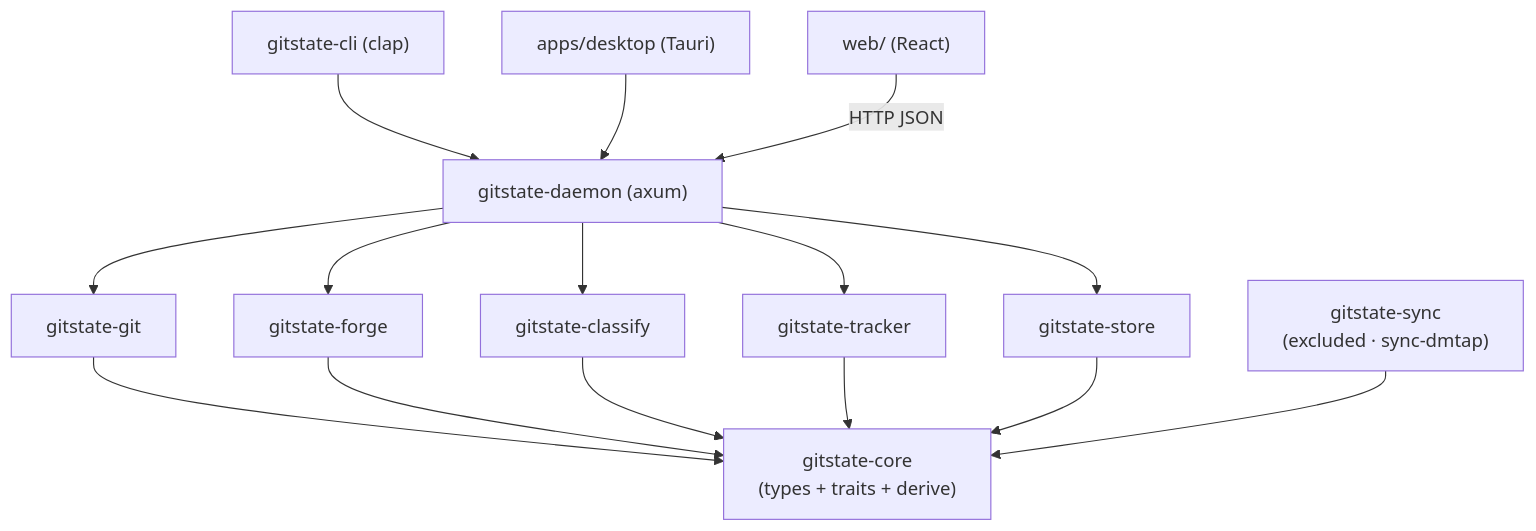
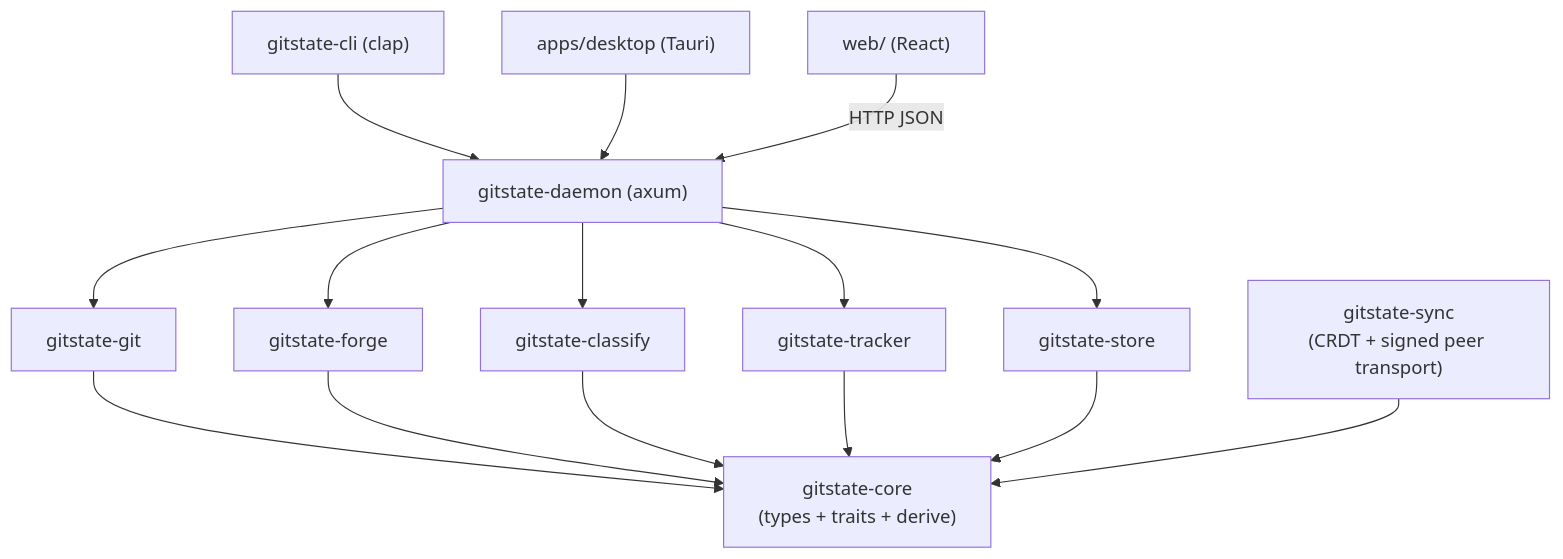
The diagram in docs/ARCHITECTURE.md (vul-os/gitstate), drawn with Mermaid before and after one commit. The commit also changed other lines of this file and 59 other files, not shown here.

````diff
--- a/docs/ARCHITECTURE.md
+++ b/docs/ARCHITECTURE.md
@@ -37,14 +37,14 @@
 ```mermaid
 flowchart TB
     core["gitstate-core<br/>(types + traits + derive)"]
     git["gitstate-git"] --> core
     forge["gitstate-forge"] --> core
     classify["gitstate-classify"] --> core
     tracker["gitstate-tracker"] --> core
     store["gitstate-store"] --> core
-    sync["gitstate-sync<br/>(excluded · sync-dmtap)"] --> core
+    sync["gitstate-sync<br/>(CRDT + signed peer transport)"] --> core
     daemon["gitstate-daemon (axum)"] --> git & forge & classify & tracker & store
     cli["gitstate-cli (clap)"] --> daemon
     tauri["apps/desktop (Tauri)"] --> daemon
     web["web/ (React)"] -->|"HTTP JSON"| daemon
 ```
````
